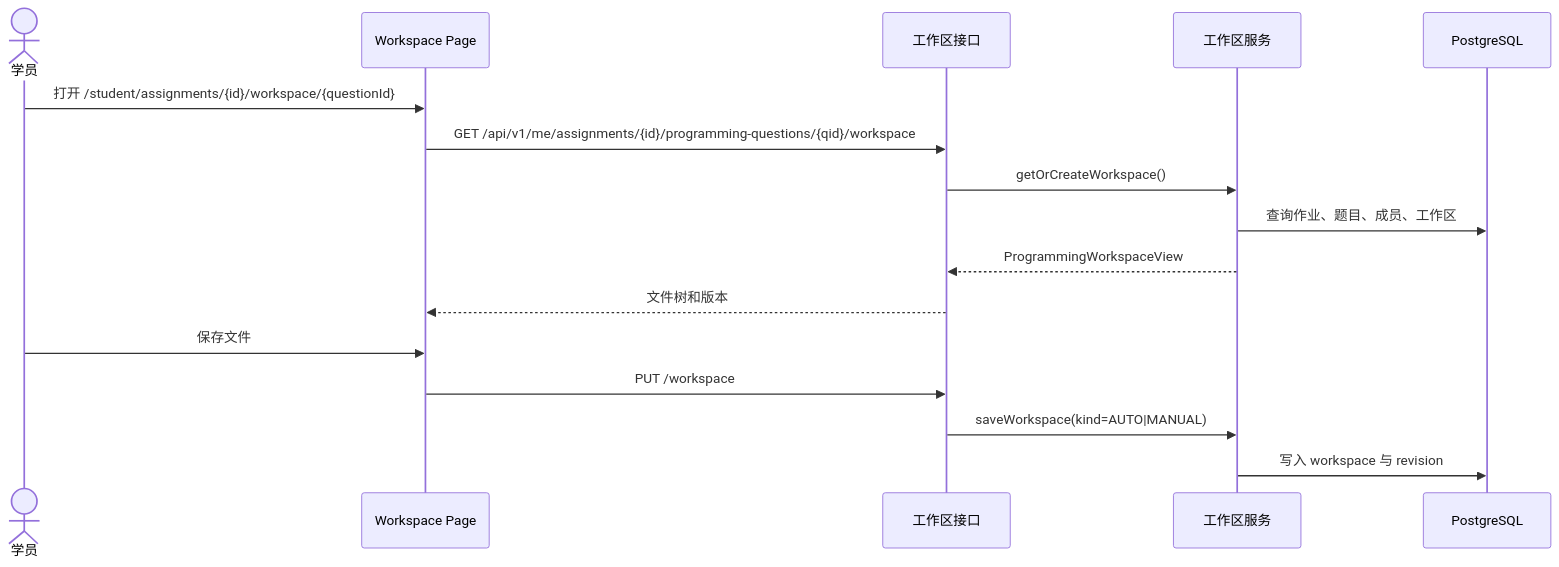
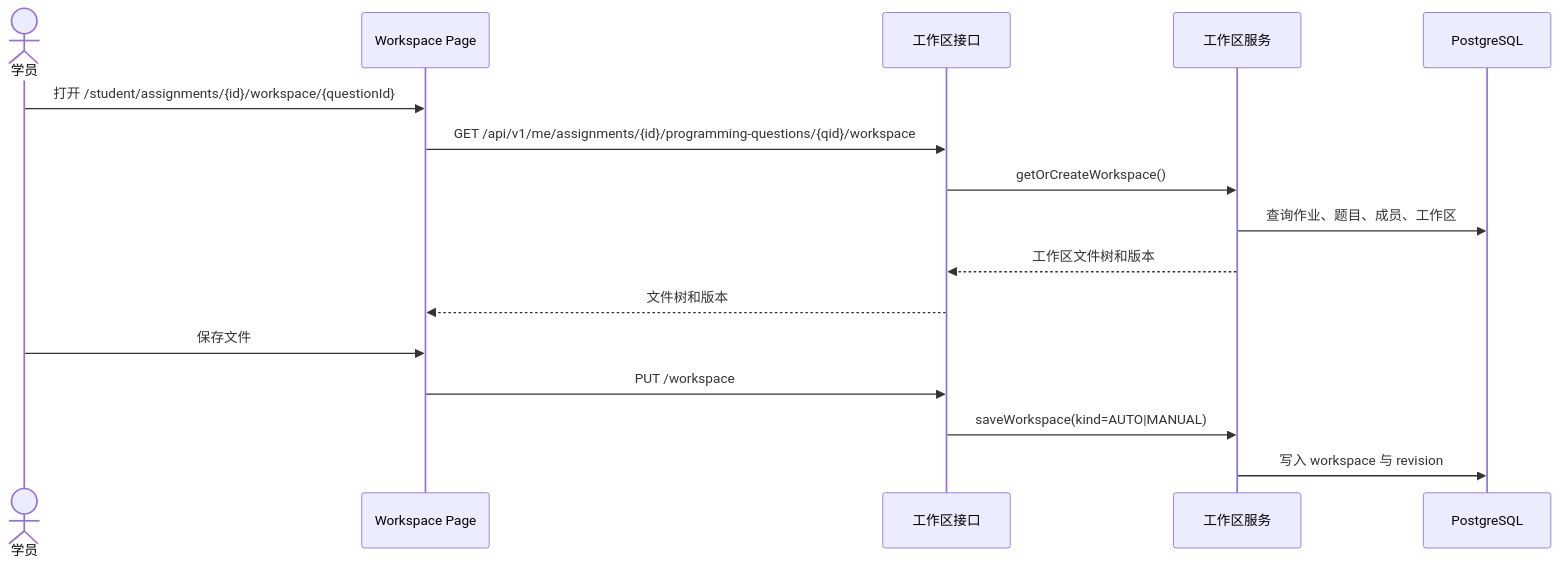
Diagram 12 of 36 in 02-process-docs/detailed-design.md (BUAA-SEProject/docs), drawn with Mermaid before and after one commit. The commit also changed other lines of this file and 3 other files, not shown here.

````diff
--- a/02-process-docs/detailed-design.md
+++ b/02-process-docs/detailed-design.md
@@ -311,19 +311,19 @@
 ```mermaid
 sequenceDiagram
   actor S as 学员
   participant W as Workspace Page
   participant C as 工作区接口
   participant AS as 工作区服务
   participant DB as PostgreSQL
 
   S->>W: 打开 /student/assignments/{id}/workspace/{questionId}
   W->>C: GET /api/v1/me/assignments/{id}/programming-questions/{qid}/workspace
   C->>AS: getOrCreateWorkspace()
   AS->>DB: 查询作业、题目、成员、工作区
-  AS-->>C: ProgrammingWorkspaceView
+  AS-->>C: 工作区文件树和版本
   C-->>W: 文件树和版本
   S->>W: 保存文件
   W->>C: PUT /workspace
   C->>AS: saveWorkspace(kind=AUTO|MANUAL)
   AS->>DB: 写入 workspace 与 revision
 ```
````
